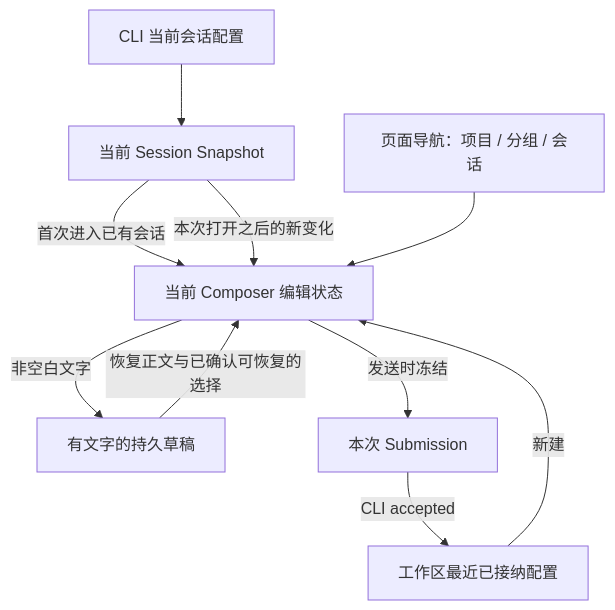
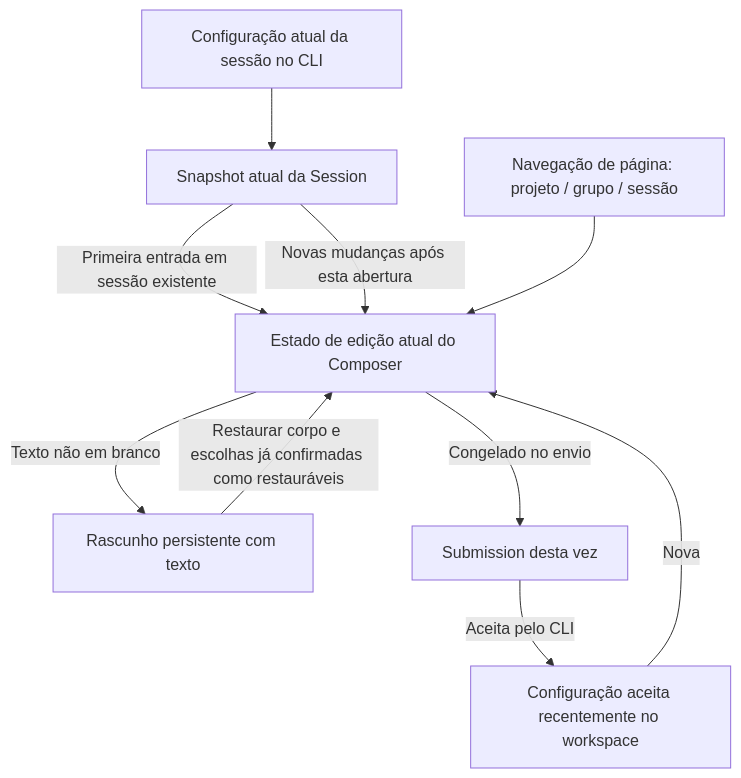
One commit to JoaoNetoDev/BR-Code changed the diagram in docs/plans/composer-state-simplification.md. Above: the diagram before and after it, drawn with Mermaid. The commit also changed other lines of this file and 177 other files, not shown here.

````diff
--- a/docs/plans/composer-state-simplification.md
+++ b/docs/plans/composer-state-simplification.md
@@ -28,12 +28,12 @@
 ```mermaid
 flowchart TD
-    Runtime[CLI 当前会话配置] --> Snapshot[当前 Session Snapshot]
-    Snapshot -->|首次进入已有会话| Editor[当前 Composer 编辑状态]
-    Recent[工作区最近已接纳配置] -->|新建| Editor
-    Text[有文字的持久草稿] -->|恢复正文与已确认可恢复的选择| Editor
-    Snapshot -->|本次打开之后的新变化| Editor
-    Editor -->|发送时冻结| Submission[本次 Submission]
-    Submission -->|CLI accepted| Recent
-    Editor -->|非空白文字| Text
-    Navigation[页面导航：项目 / 分组 / 会话] --> Editor
+    Runtime[Configuração atual da sessão no CLI] --> Snapshot[Snapshot atual da Session]
+    Snapshot -->|Primeira entrada em sessão existente| Editor[Estado de edição atual do Composer]
+    Recent[Configuração aceita recentemente no workspace] -->|Nova| Editor
+    Text[Rascunho persistente com texto] -->|Restaurar corpo e escolhas já confirmadas como restauráveis| Editor
+    Snapshot -->|Novas mudanças após esta abertura| Editor
+    Editor -->|Congelado no envio| Submission[Submission desta vez]
+    Submission -->|Aceita pelo CLI| Recent
+    Editor -->|Texto não em branco| Text
+    Navigation[Navegação de página: projeto / grupo / sessão] --> Editor
 ```
````
